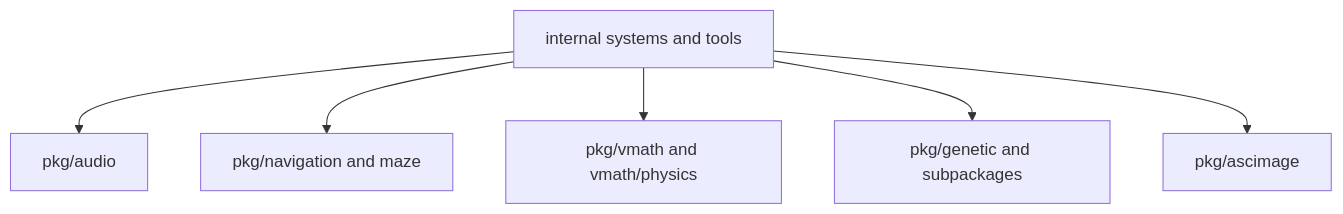
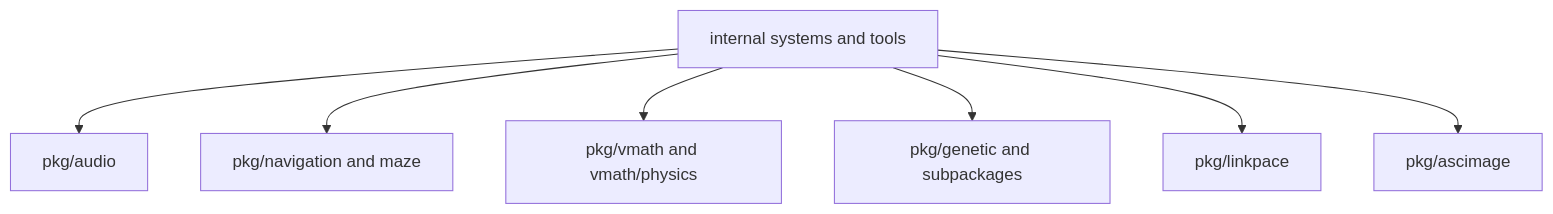
One commit to lixenwraith/vi-fighter changed the fourth of 4 diagrams in doc/package-map.md. Above: the diagram before and after it, drawn with Mermaid. The commit also changed other lines of this file and 6 other files, not shown here.

````diff
--- a/doc/package-map.md
+++ b/doc/package-map.md
@@ -87,8 +87,9 @@
 ```mermaid
 flowchart TD
     Game["internal systems and tools"] --> Audio["pkg/audio"]
     Game --> Nav["pkg/navigation and maze"]
     Game --> Physics["pkg/vmath and vmath/physics"]
     Game --> Genetic["pkg/genetic and subpackages"]
+    Game --> Link["pkg/linkpace"]
     Game --> Image["pkg/ascimage"]
 ```
````
